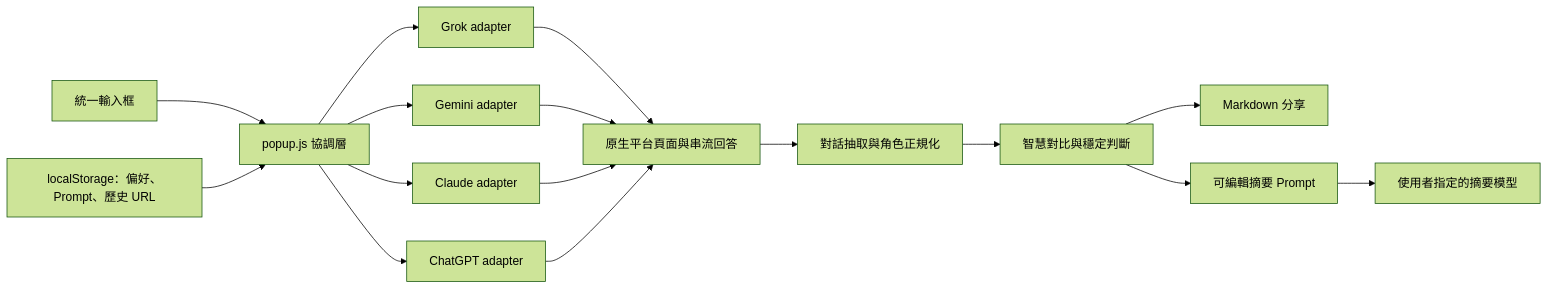
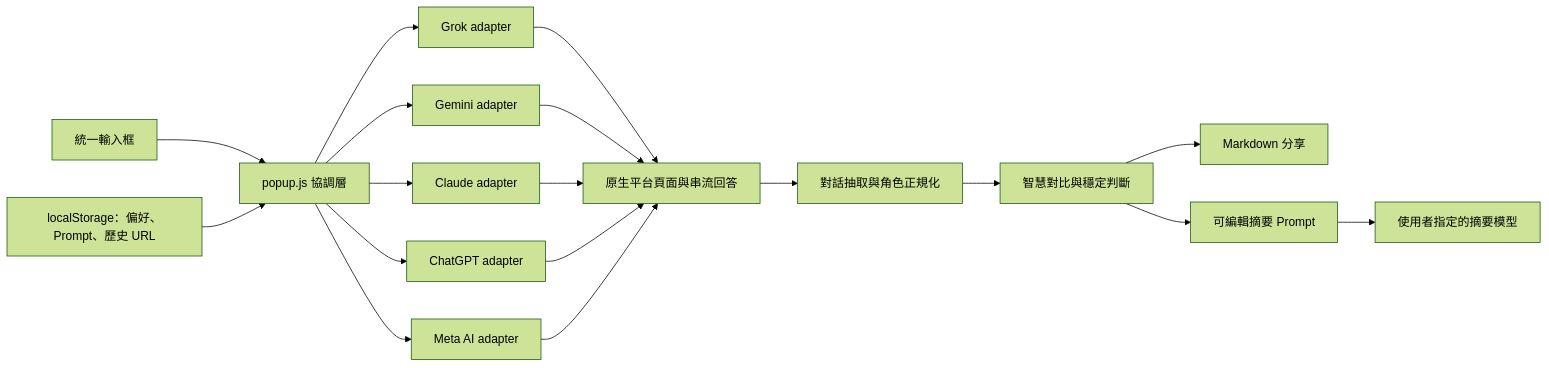
Before and after one commit to joeIvan2/aizooChromeExt: the diagram in README.md, drawn with Mermaid (forest theme). The commit also changed other lines of this file and 38 other files, not shown here.

````diff
--- a/README.md
+++ b/README.md
@@ -70,18 +71,20 @@
 ```mermaid
 flowchart LR
     A["統一輸入框"] --> B["popup.js 協調層"]
     B --> C1["Grok adapter"]
     B --> C2["Gemini adapter"]
     B --> C3["Claude adapter"]
     B --> C4["ChatGPT adapter"]
+    B --> C5["Meta AI adapter"]
     C1 --> D["原生平台頁面與串流回答"]
     C2 --> D
     C3 --> D
     C4 --> D
+    C5 --> D
     D --> E["對話抽取與角色正規化"]
     E --> F["智慧對比與穩定判斷"]
     F --> G["Markdown 分享"]
     F --> H["可編輯摘要 Prompt"]
     H --> I["使用者指定的摘要模型"]
     J["localStorage：偏好、Prompt、歷史 URL"] --> B
 ```
````
